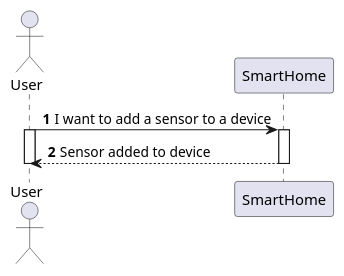
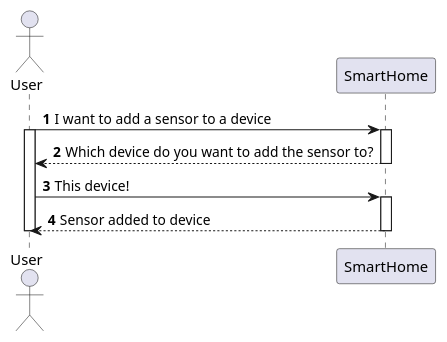
One commit to olivDiogo/SmartHome changed the diagram in docs/ooa/C4_4plus1_models/Level1/ProcessView/ProcessViewLevel1_UC07.puml. Above: the diagram before and after it, drawn with PlantUML. The commit also changed 10 other files, not shown here.

```diff
--- a/docs/ooa/C4_4plus1_models/Level1/ProcessView/ProcessViewLevel1_UC07.puml
+++ b/docs/ooa/C4_4plus1_models/Level1/ProcessView/ProcessViewLevel1_UC07.puml
@@ -1,19 +1,23 @@
 @startuml
 'https://plantuml.com/sequence-diagram
 
 !pragma layout smetana
 
 autonumber
 
 actor "User" as User
 participant "SmartHome" as SH
 
 User -> SH : I want to add a sensor to a device
 activate SH
 activate User
 
+SH --> User : Which device do you want to add the sensor to?
+deactivate SH
+User -> SH : This device!
+activate SH
 SH --> User : Sensor added to device
 deactivate SH
 deactivate User
 
 @enduml
```
